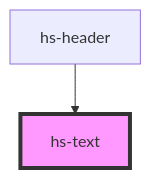
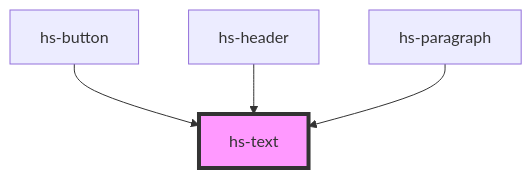
One commit to dimka3553/hs-design-system changed the diagram in src/components/hs-text/readme.md. Above: the diagram before and after it, drawn with Mermaid. The commit also changed other lines of this file and 14 other files, not shown here.

````diff
--- a/src/components/hs-text/readme.md
+++ b/src/components/hs-text/readme.md
@@ -27,5 +29,7 @@
 ```mermaid
 graph TD;
+  hs-button --> hs-text
   hs-header --> hs-text
+  hs-paragraph --> hs-text
   style hs-text fill:#f9f,stroke:#333,stroke-width:4px
 ```
````
